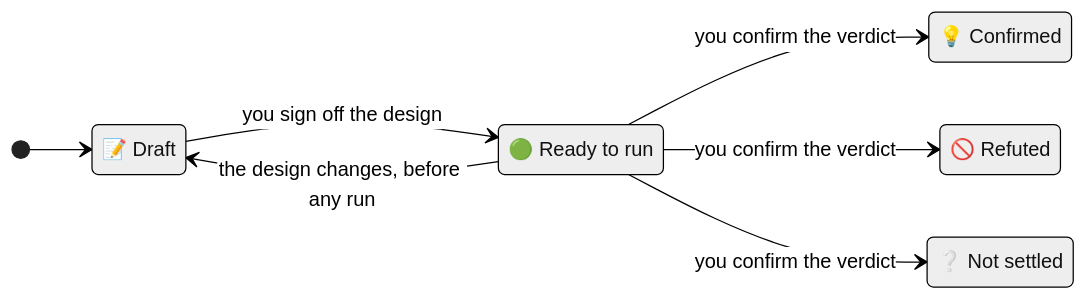
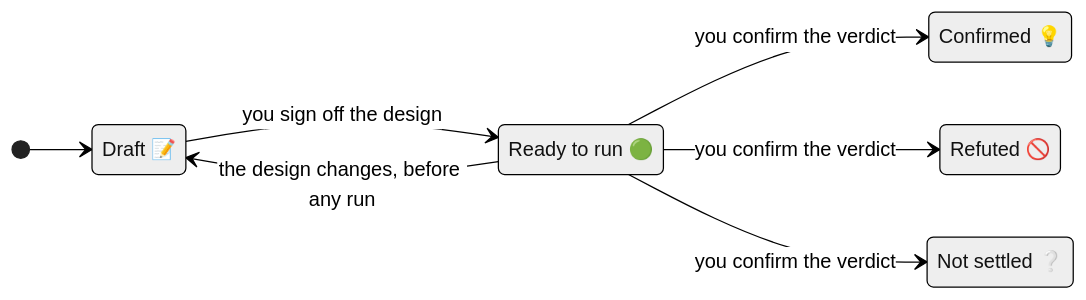
One commit to michaelmarconi/agentic-engineering changed the second of 2 diagrams in docs/skills/spike.md. Above: the diagram before and after it, drawn with Mermaid (neutral theme). The commit also changed other lines of this file and 101 other files, not shown here.

````diff
--- a/docs/skills/spike.md
+++ b/docs/skills/spike.md
@@ -99,15 +99,15 @@
 ```mermaid
 stateDiagram-v2
     direction LR
-    state "📝 Draft" as Draft
-    state "🟢 Ready to run" as Ready
-    state "💡 Confirmed" as Confirmed
-    state "🚫 Refuted" as Refuted
-    state "❔ Not settled" as NotSettled
+    state "Draft 📝" as Draft
+    state "Ready to run 🟢" as Ready
+    state "Confirmed 💡" as Confirmed
+    state "Refuted 🚫" as Refuted
+    state "Not settled ❔" as NotSettled
     [*] --> Draft
     Draft --> Ready: you sign off the design
     Ready --> Draft: the design changes, before any run
     Ready --> Confirmed: you confirm the verdict
     Ready --> Refuted: you confirm the verdict
     Ready --> NotSettled: you confirm the verdict
 ```
````
